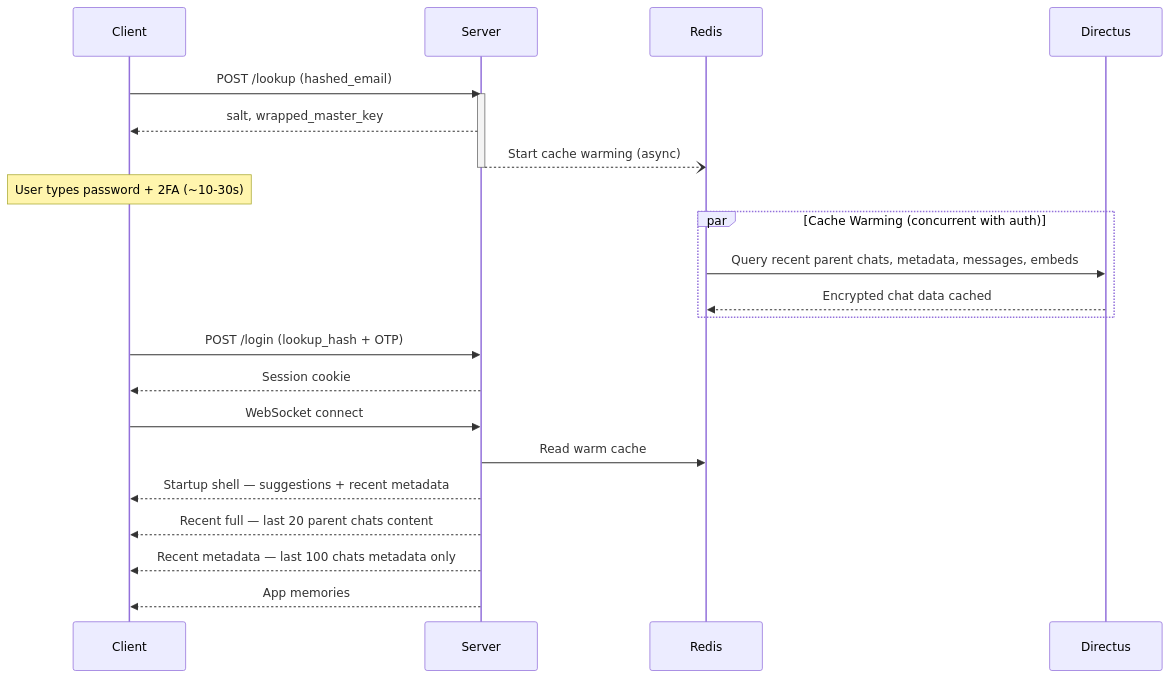
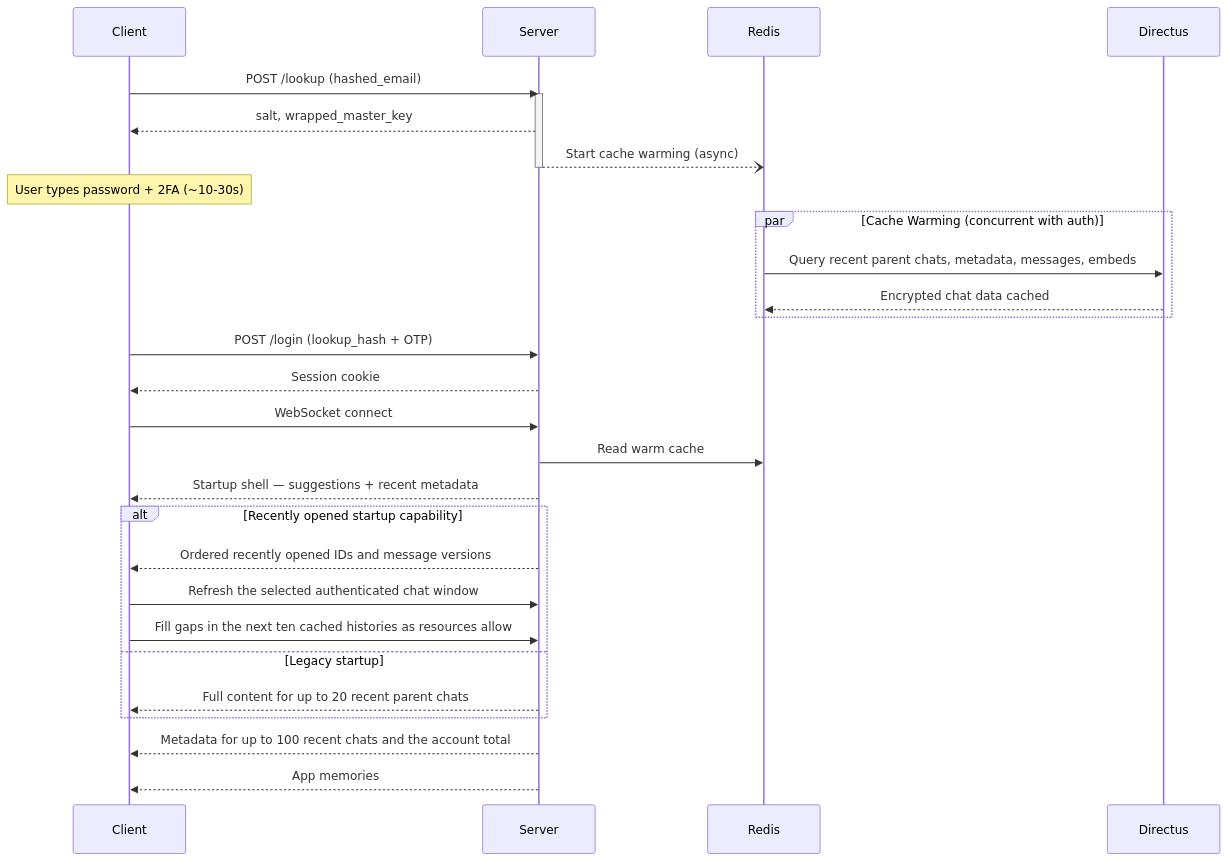
One commit to glowingkitty/OpenMates changed the diagram in docs/architecture/data/sync.md. Above: the diagram before and after it, drawn with Mermaid. The commit also changed other lines of this file and 1 other file, not shown here.

First line of the commit message:
test: trace exact selected chat admission in private timings

````diff
--- a/docs/architecture/data/sync.md
+++ b/docs/architecture/data/sync.md
@@ -136,30 +136,36 @@
 ```mermaid
 sequenceDiagram
     participant C as Client
     participant S as Server
     participant R as Redis
     participant D as Directus
 
     C->>S: POST /lookup (hashed_email)
     activate S
     S-->>C: salt, wrapped_master_key
     S--)R: Start cache warming (async)
     deactivate S
 
     Note over C: User types password + 2FA (~10-30s)
 
     par Cache Warming (concurrent with auth)
         R->>D: Query recent parent chats, metadata, messages, embeds
         D-->>R: Encrypted chat data cached
     end
 
     C->>S: POST /login (lookup_hash + OTP)
     S-->>C: Session cookie
 
     C->>S: WebSocket connect
     S->>R: Read warm cache
     S-->>C: Startup shell — suggestions + recent metadata
-    S-->>C: Recent full — last 20 parent chats content
-    S-->>C: Recent metadata — last 100 chats metadata only
+    alt Recently opened startup capability
+        S-->>C: Ordered recently opened IDs and message versions
+        C->>S: Refresh the selected authenticated chat window
+        C->>S: Fill gaps in the next ten cached histories as resources allow
+    else Legacy startup
+        S-->>C: Full content for up to 20 recent parent chats
+    end
+    S-->>C: Metadata for up to 100 recent chats and the account total
     S-->>C: App memories
 ```
````
